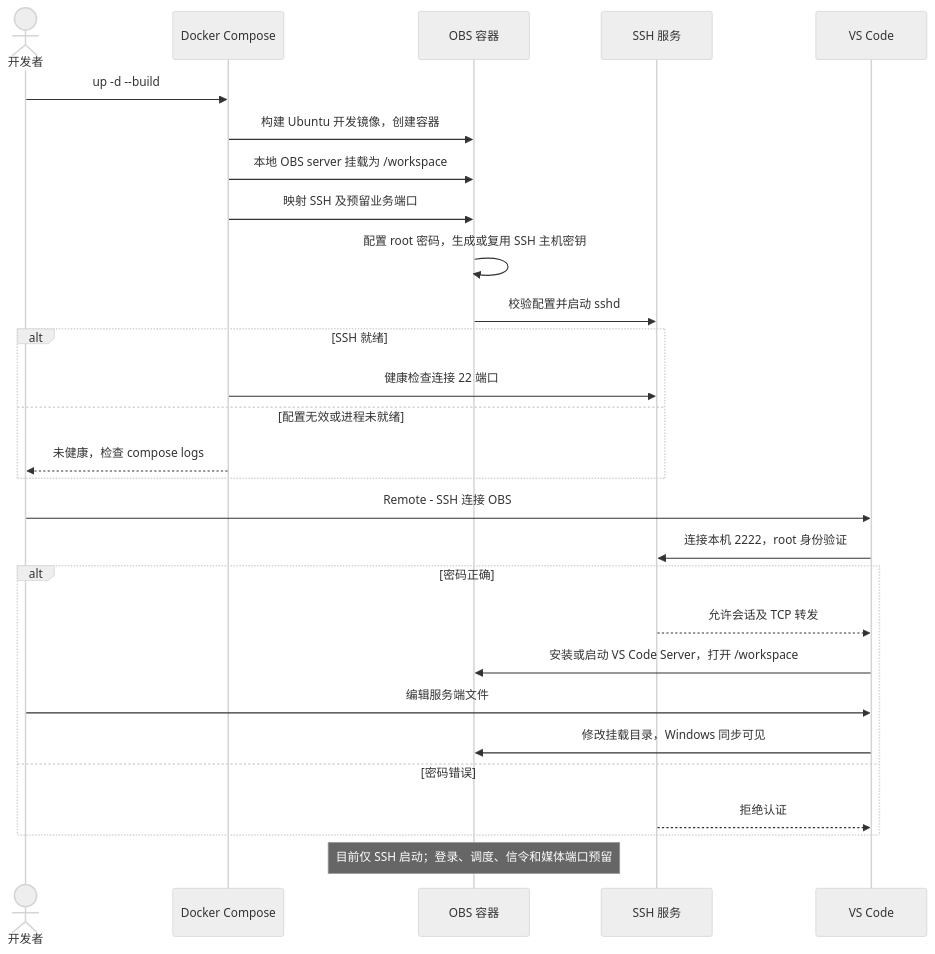
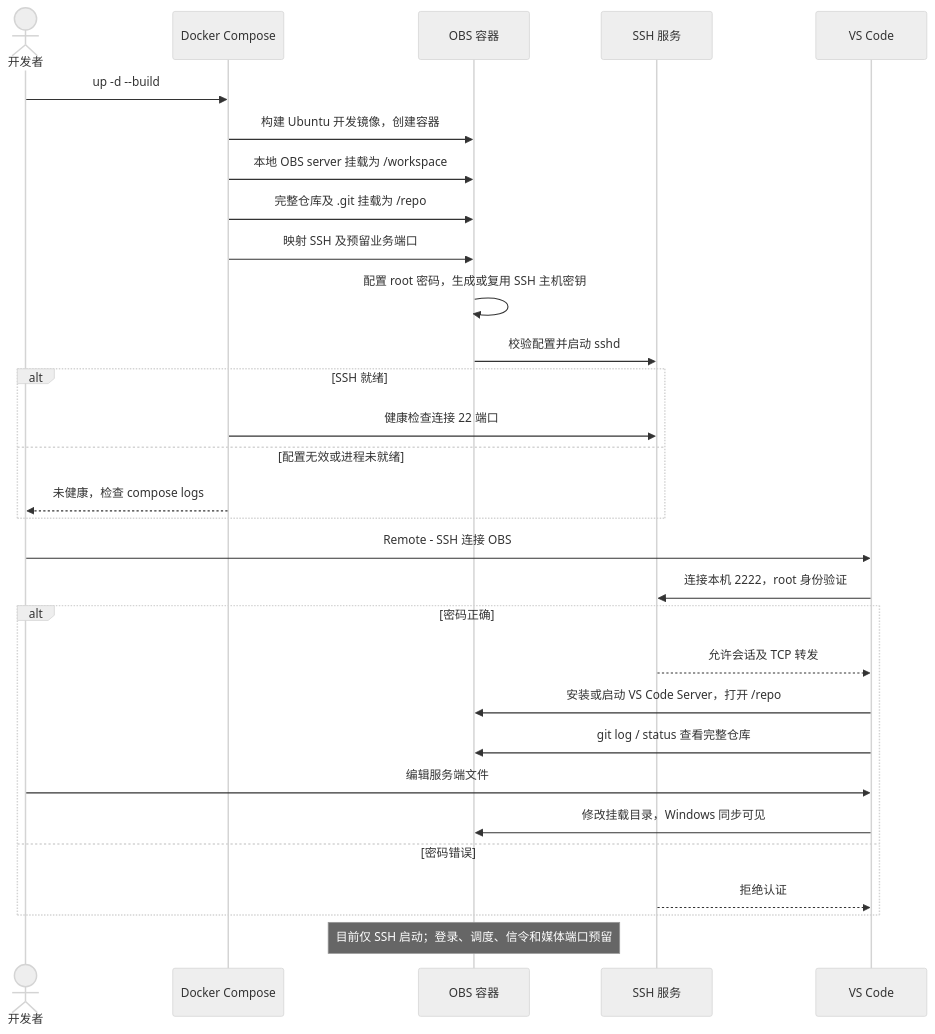
One commit to kingsman-svg/OBS changed the diagram in docs/uml/docker-dev.mmd. Above: the diagram before and after it, drawn with Mermaid (neutral theme). The commit also changed 9 other files, not shown here.

```diff
--- a/docs/uml/docker-dev.mmd
+++ b/docs/uml/docker-dev.mmd
@@ -1,28 +1,30 @@
 sequenceDiagram
 actor U as 开发者
 participant D as Docker Compose
 participant C as OBS 容器
 participant S as SSH 服务
 participant V as VS Code
 U->>D: up -d --build
 D->>C: 构建 Ubuntu 开发镜像，创建容器
 D->>C: 本地 OBS server 挂载为 /workspace
+D->>C: 完整仓库及 .git 挂载为 /repo
 D->>C: 映射 SSH 及预留业务端口
 C->>C: 配置 root 密码，生成或复用 SSH 主机密钥
 C->>S: 校验配置并启动 sshd
 alt SSH 就绪
 D->>S: 健康检查连接 22 端口
 else 配置无效或进程未就绪
 D-->>U: 未健康，检查 compose logs
 end
 U->>V: Remote - SSH 连接 OBS
 V->>S: 连接本机 2222，root 身份验证
 alt 密码正确
 S-->>V: 允许会话及 TCP 转发
-V->>C: 安装或启动 VS Code Server，打开 /workspace
+V->>C: 安装或启动 VS Code Server，打开 /repo
+V->>C: git log / status 查看完整仓库
 U->>V: 编辑服务端文件
 V->>C: 修改挂载目录，Windows 同步可见
 else 密码错误
 S-->>V: 拒绝认证
 end
 Note over C: 目前仅 SSH 启动；登录、调度、信令和媒体端口预留
```
